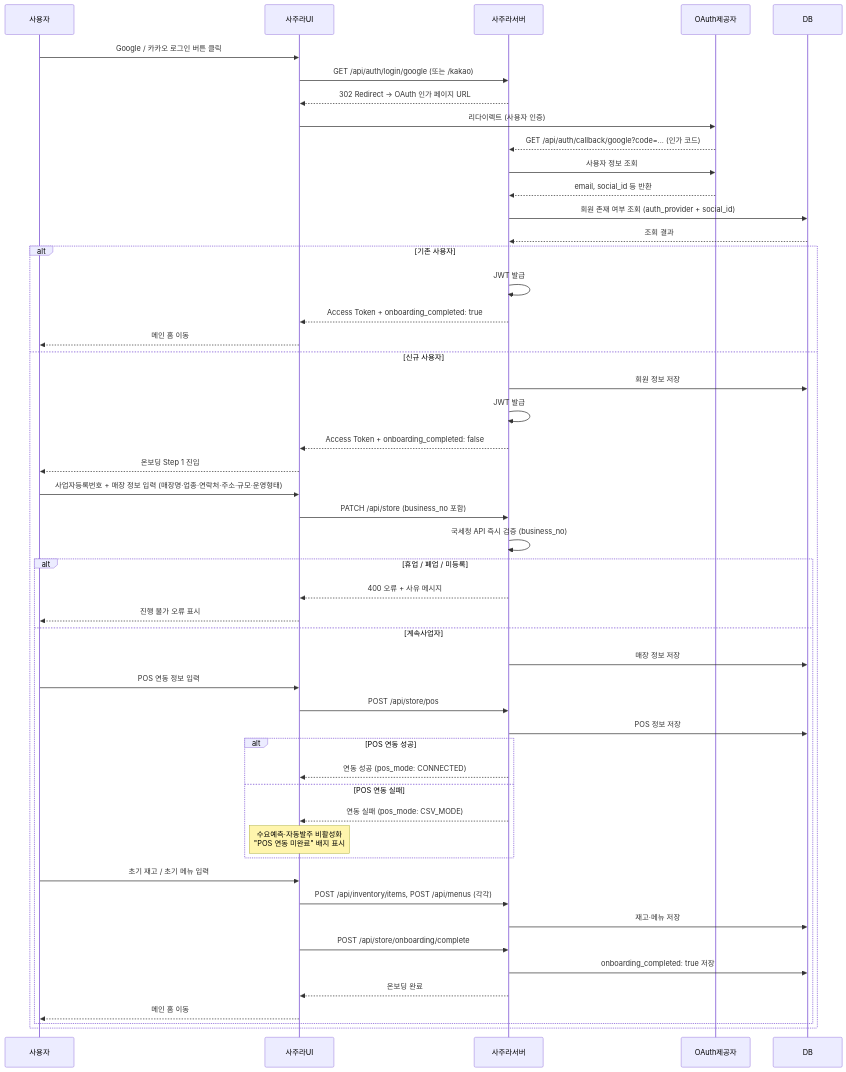
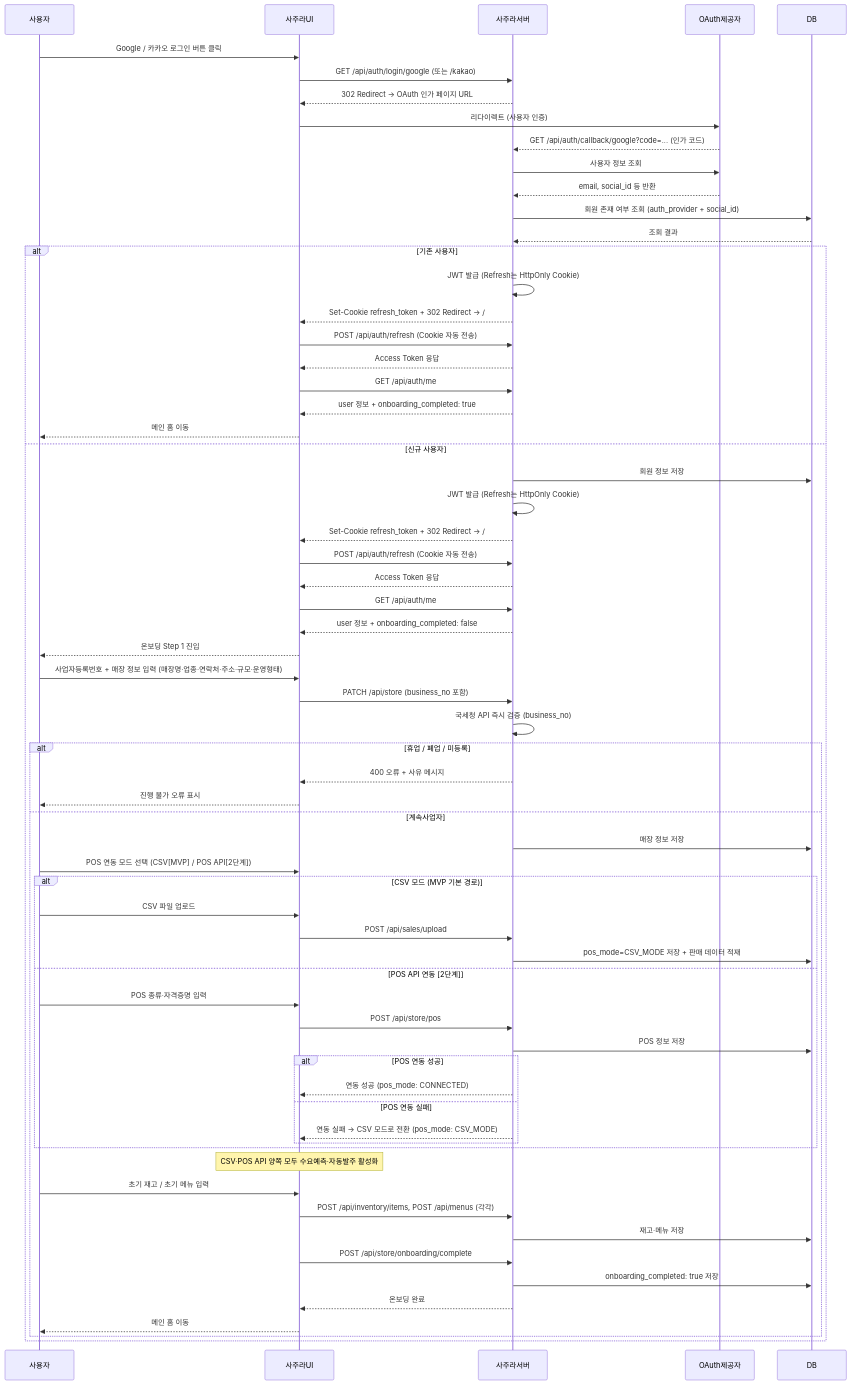
The first of 7 diagrams in docs/spec/04_flow/sequence.md (h-taek/CapstoneDesign_Sajura), drawn with Mermaid before and after one commit. The commit also changed 29 other files, not shown here.

First line of the commit message:
docs: add frontend research/spec, align CSV-only MVP policy with stage labels

````diff
--- a/docs/spec/04_flow/sequence.md
+++ b/docs/spec/04_flow/sequence.md
@@ -31,58 +31,73 @@
 ```mermaid
 sequenceDiagram
     participant 사용자
     participant 사주라UI
     participant 사주라서버
     participant OAuth제공자
     participant DB
 
     사용자->>사주라UI: Google / 카카오 로그인 버튼 클릭
     사주라UI->>사주라서버: GET /api/auth/login/google (또는 /kakao)
     사주라서버-->>사주라UI: 302 Redirect → OAuth 인가 페이지 URL
     사주라UI->>OAuth제공자: 리다이렉트 (사용자 인증)
     OAuth제공자-->>사주라서버: GET /api/auth/callback/google?code=... (인가 코드)
     사주라서버->>OAuth제공자: 사용자 정보 조회
     OAuth제공자-->>사주라서버: email, social_id 등 반환
     사주라서버->>DB: 회원 존재 여부 조회 (auth_provider + social_id)
     DB-->>사주라서버: 조회 결과
 
     alt 기존 사용자
-        사주라서버->>사주라서버: JWT 발급
-        사주라서버-->>사주라UI: Access Token + onboarding_completed: true
+        사주라서버->>사주라서버: JWT 발급 (Refresh는 HttpOnly Cookie)
+        사주라서버-->>사주라UI: Set-Cookie refresh_token + 302 Redirect → /
+        사주라UI->>사주라서버: POST /api/auth/refresh (Cookie 자동 전송)
+        사주라서버-->>사주라UI: Access Token 응답
+        사주라UI->>사주라서버: GET /api/auth/me
+        사주라서버-->>사주라UI: user 정보 + onboarding_completed: true
         사주라UI-->>사용자: 메인 홈 이동
     else 신규 사용자
         사주라서버->>DB: 회원 정보 저장
-        사주라서버->>사주라서버: JWT 발급
-        사주라서버-->>사주라UI: Access Token + onboarding_completed: false
+        사주라서버->>사주라서버: JWT 발급 (Refresh는 HttpOnly Cookie)
+        사주라서버-->>사주라UI: Set-Cookie refresh_token + 302 Redirect → /
+        사주라UI->>사주라서버: POST /api/auth/refresh (Cookie 자동 전송)
+        사주라서버-->>사주라UI: Access Token 응답
+        사주라UI->>사주라서버: GET /api/auth/me
+        사주라서버-->>사주라UI: user 정보 + onboarding_completed: false
         사주라UI-->>사용자: 온보딩 Step 1 진입
 
         사용자->>사주라UI: 사업자등록번호 + 매장 정보 입력 (매장명·업종·연락처·주소·규모·운영형태)
         사주라UI->>사주라서버: PATCH /api/store (business_no 포함)
         사주라서버->>사주라서버: 국세청 API 즉시 검증 (business_no)
         alt 휴업 / 폐업 / 미등록
             사주라서버-->>사주라UI: 400 오류 + 사유 메시지
             사주라UI-->>사용자: 진행 불가 오류 표시
         else 계속사업자
             사주라서버->>DB: 매장 정보 저장
 
-            사용자->>사주라UI: POS 연동 정보 입력
-            사주라UI->>사주라서버: POST /api/store/pos
-            사주라서버->>DB: POS 정보 저장
-            alt POS 연동 성공
-                사주라서버-->>사주라UI: 연동 성공 (pos_mode: CONNECTED)
-            else POS 연동 실패
-                사주라서버-->>사주라UI: 연동 실패 (pos_mode: CSV_MODE)
-                Note over 사주라UI: 수요예측·자동발주 비활성화<br>"POS 연동 미완료" 배지 표시
+            사용자->>사주라UI: POS 연동 모드 선택 (CSV[MVP] / POS API[2단계])
+            alt CSV 모드 (MVP 기본 경로)
+                사용자->>사주라UI: CSV 파일 업로드
+                사주라UI->>사주라서버: POST /api/sales/upload
+                사주라서버->>DB: pos_mode=CSV_MODE 저장 + 판매 데이터 적재
+            else POS API 연동 [2단계]
+                사용자->>사주라UI: POS 종류·자격증명 입력
+                사주라UI->>사주라서버: POST /api/store/pos
+                사주라서버->>DB: POS 정보 저장
+                alt POS 연동 성공
+                    사주라서버-->>사주라UI: 연동 성공 (pos_mode: CONNECTED)
+                else POS 연동 실패
+                    사주라서버-->>사주라UI: 연동 실패 → CSV 모드로 전환 (pos_mode: CSV_MODE)
+                end
             end
+            Note over 사주라UI: CSV·POS API 양쪽 모두 수요예측·자동발주 활성화
 
             사용자->>사주라UI: 초기 재고 / 초기 메뉴 입력
             사주라UI->>사주라서버: POST /api/inventory/items, POST /api/menus (각각)
             사주라서버->>DB: 재고·메뉴 저장
 
             사주라UI->>사주라서버: POST /api/store/onboarding/complete
             사주라서버->>DB: onboarding_completed: true 저장
             사주라서버-->>사주라UI: 온보딩 완료
             사주라UI-->>사용자: 메인 홈 이동
         end
     end
 ```
````
